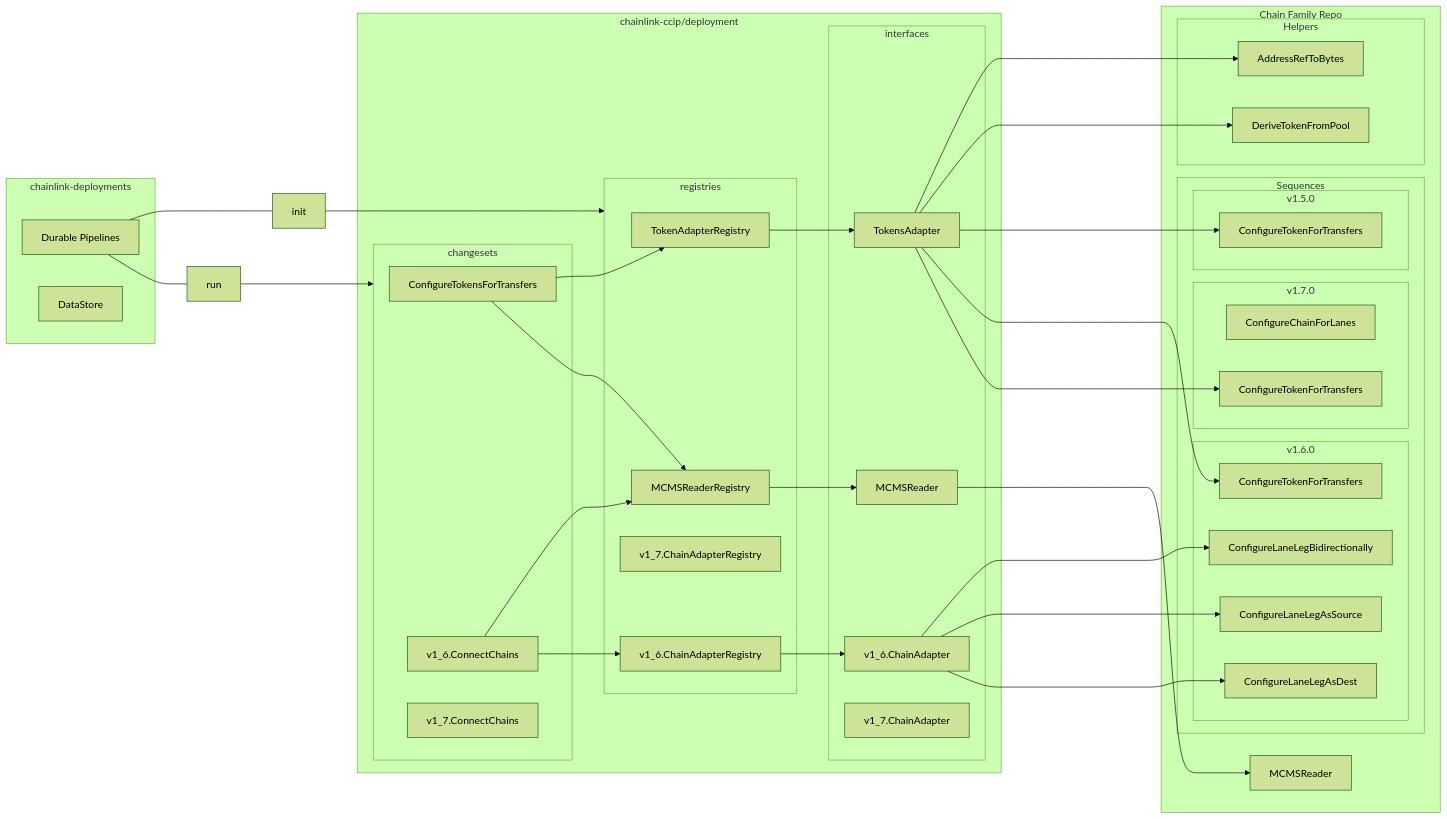
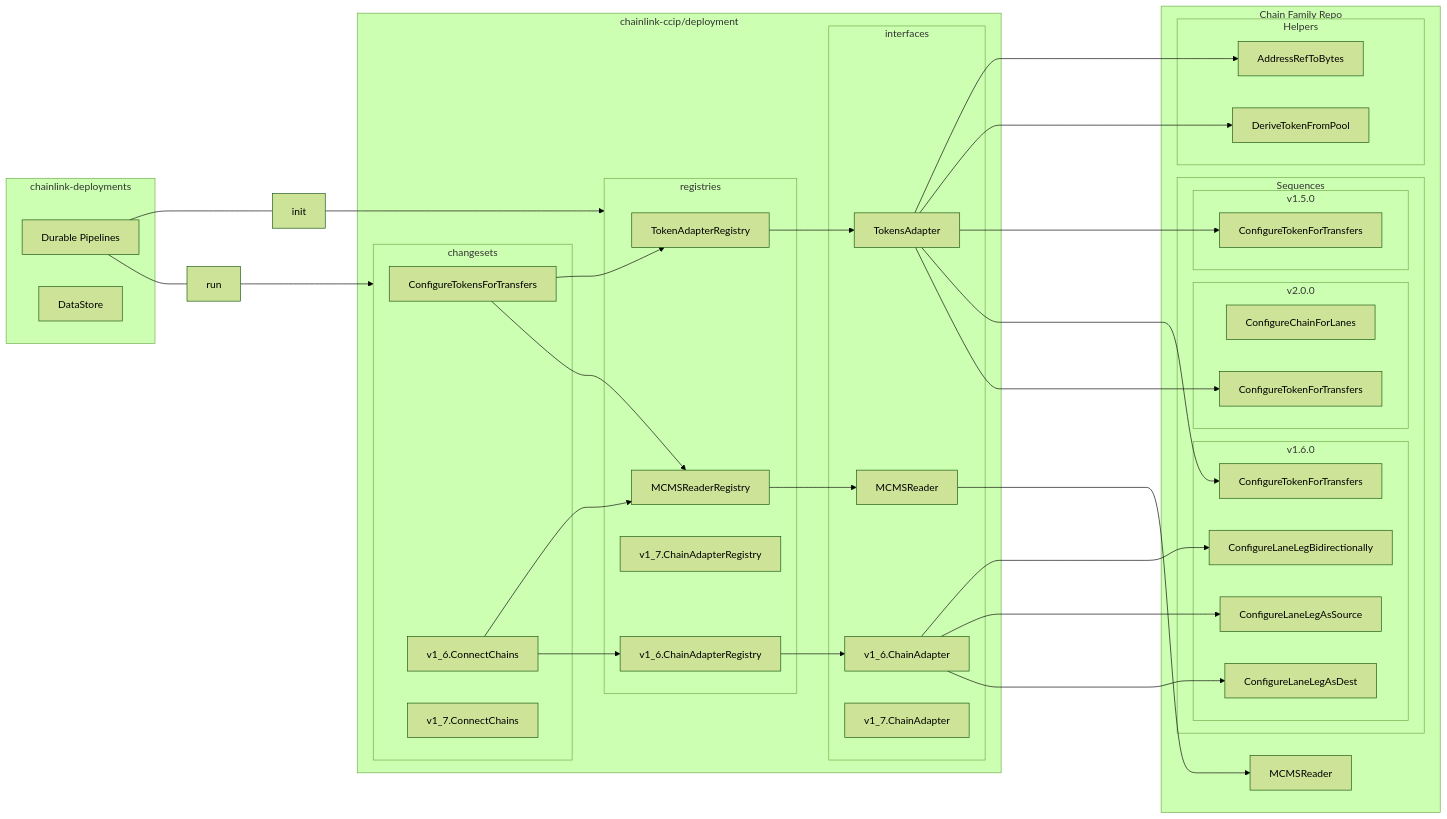
The diagram in deployment/README.md (smartcontractkit/chainlink-ccip), drawn with Mermaid (forest theme) before and after one commit. The commit also changed other lines of this file and 70 other files, not shown here.

````diff
--- a/deployment/README.md
+++ b/deployment/README.md
@@ -11,72 +11,72 @@
 ```mermaid
 flowchart LR
     subgraph chainlink-deployments
         dp[Durable Pipelines]
         ds[DataStore]
     end
 
     subgraph Chain Family Repo
         cfmr[MCMSReader]
         subgraph Sequences
             subgraph v1.6.0
                 clls1_6[ConfigureLaneLegAsSource]
                 clld1_6[ConfigureLaneLegAsDest]
                 cllb1_6[ConfigureLaneLegBidirectionally]
                 ctft1_6[ConfigureTokenForTransfers]
             end
-            subgraph v1.7.0
+            subgraph v2.0.0
                 clls1_7[ConfigureChainForLanes]
                 ctft1_7[ConfigureTokenForTransfers]
             end
             subgraph v1.5.0
                 ctft1_5[ConfigureTokenForTransfers]
             end
         end
         subgraph Helpers
             artb[AddressRefToBytes]
             dtfp[DeriveTokenFromPool]
         end
     end
 
     subgraph chainlink-ccip/deployment
         subgraph changesets
             ctft[ConfigureTokensForTransfers]
             cc1_6[v1_6.ConnectChains]
             cc1_7[v1_7.ConnectChains]
         end
         subgraph interfaces
             mr[MCMSReader]
             ta[TokensAdapter]
             ca1_6[v1_6.ChainAdapter]
             ca1_7[v1_7.ChainAdapter]
         end
         subgraph registries
             tar[TokenAdapterRegistry]
             car1_6[v1_6.ChainAdapterRegistry]
             car1_7[v1_7.ChainAdapterRegistry]
             mrr[MCMSReaderRegistry]
         end
     end
 
     ctft --> tar
     ctft --> mrr
 
     tar --> ta
     mrr --> mr
 
     ta --> artb
     ta --> dtfp
     ta --> ctft1_5
     ta --> ctft1_6
     ta --> ctft1_7
     mr ------> cfmr
 
     dp ---init---> registries
     dp ---run---> changesets
 
     cc1_6 --> mrr & car1_6
     car1_6 --> ca1_6
     ca1_6 ------> cllb1_6
     ca1_6 ------> clls1_6
     ca1_6 ------> clld1_6
 ```
````
